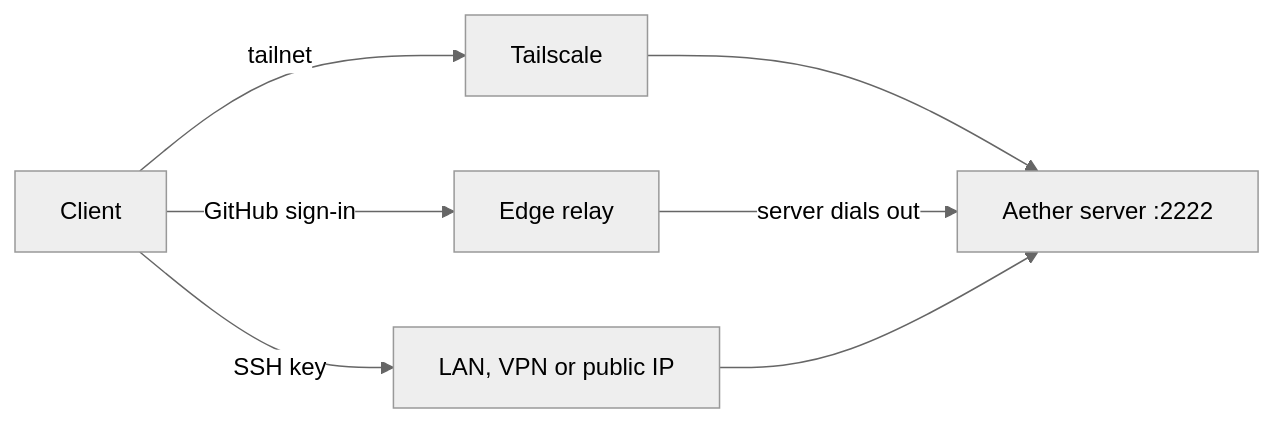
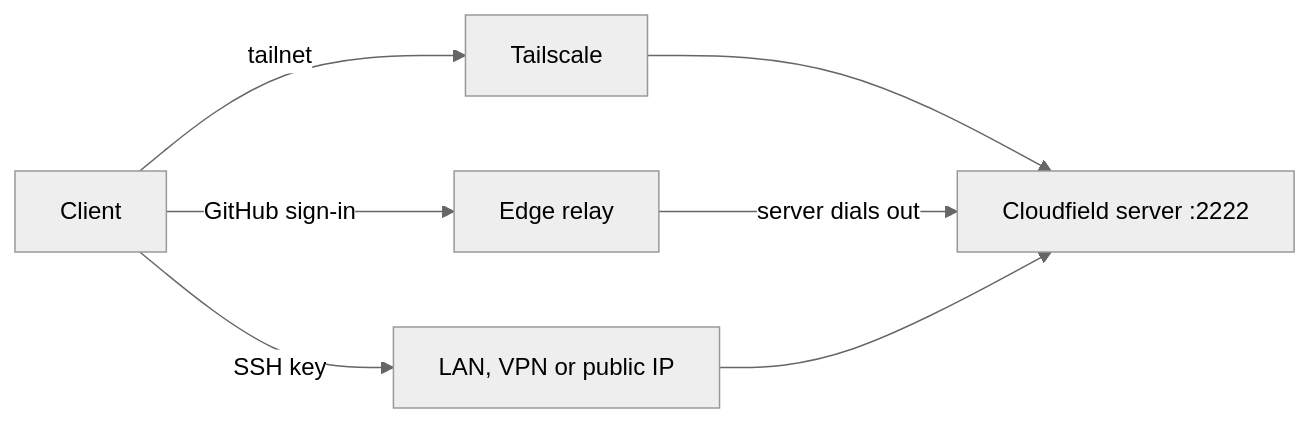
Before and after one commit to 3xDevOps/aether: the diagram in docs/networking.md, drawn with Mermaid (neutral theme). The commit also changed other lines of this file and 40 other files, not shown here.

````diff
--- a/docs/networking.md
+++ b/docs/networking.md
@@ -12,9 +12,9 @@
 ```mermaid
 flowchart LR
     C[Client] -->|tailnet| T[Tailscale]
     C -->|GitHub sign-in| E[Edge relay]
     C -->|SSH key| L["LAN, VPN or public IP"]
-    T --> S["Aether server :2222"]
+    T --> S["Cloudfield server :2222"]
     E -->|server dials out| S
     L --> S
 ```
````
